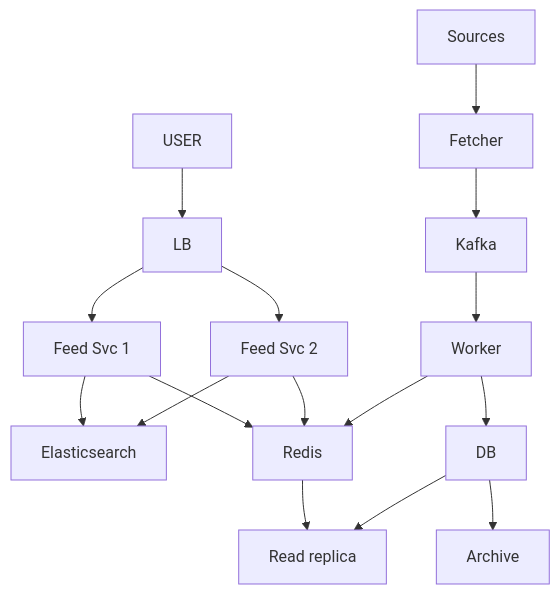
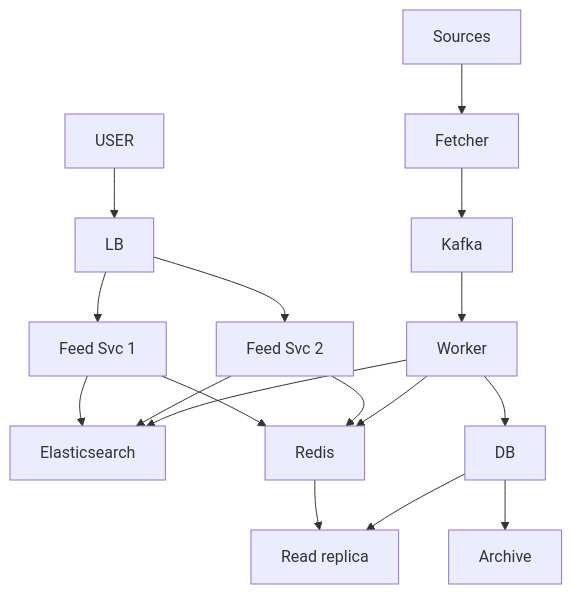
One commit to ArpanMaheshwari144/Prep changed the tenth of 10 diagrams in 04_HLD/SYSTEM_DESIGNS/08_news_aggregator/08_news_aggregator_INTERVIEW.md. Above: the diagram before and after it, drawn with Mermaid. The commit also changed other lines of this file and 12 other files, not shown here.

````diff
--- a/04_HLD/SYSTEM_DESIGNS/08_news_aggregator/08_news_aggregator_INTERVIEW.md
+++ b/04_HLD/SYSTEM_DESIGNS/08_news_aggregator/08_news_aggregator_INTERVIEW.md
@@ -513,31 +515,32 @@
 ```mermaid
 flowchart TD
     n_USER["USER"]
     n_LB["LB"]
     n_Feed_Svc_x_N_1["Feed Svc 1"]
     n_Feed_Svc_x_N_2["Feed Svc 2"]
     n_Elasticsearch["Elasticsearch"]
     n_Redis["Redis"]
     n_Read_replica["Read replica"]
     n_DB["DB"]
     n_Archive["Archive"]
     n_Worker["Worker"]
     n_Kafka["Kafka"]
     n_Fetcher["Fetcher"]
     n_Sources["Sources"]
     n_USER --> n_LB
     n_LB --> n_Feed_Svc_x_N_1
     n_LB --> n_Feed_Svc_x_N_2
     n_Feed_Svc_x_N_1 --> n_Elasticsearch
     n_Feed_Svc_x_N_2 --> n_Elasticsearch
     n_Feed_Svc_x_N_1 --> n_Redis
     n_Feed_Svc_x_N_2 --> n_Redis
     n_Redis --> n_Read_replica
     n_DB --> n_Read_replica
     n_DB --> n_Archive
     n_Worker --> n_DB
     n_Worker --> n_Redis
     n_Kafka --> n_Worker
     n_Fetcher --> n_Kafka
     n_Sources --> n_Fetcher
+    n_Worker --> n_Elasticsearch
 ```
````
